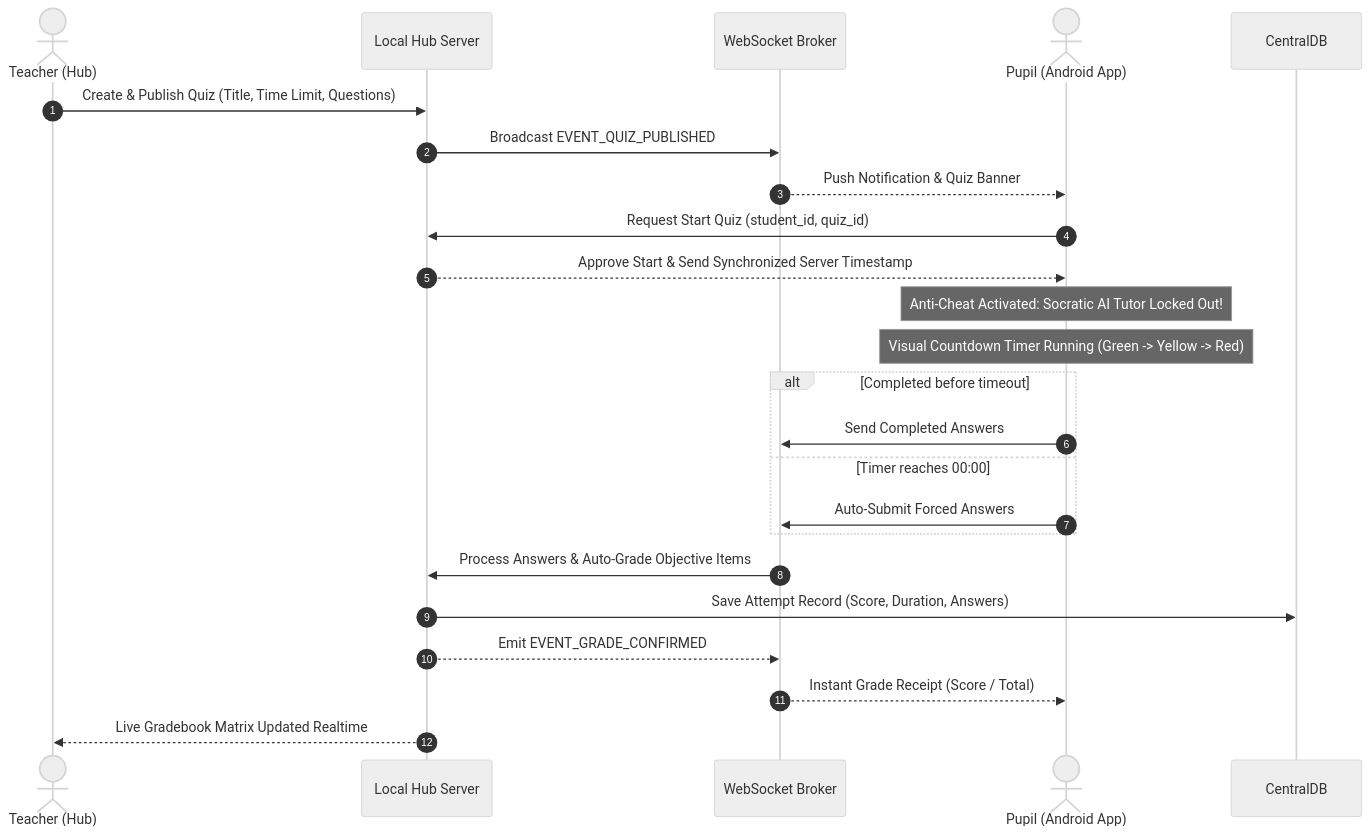
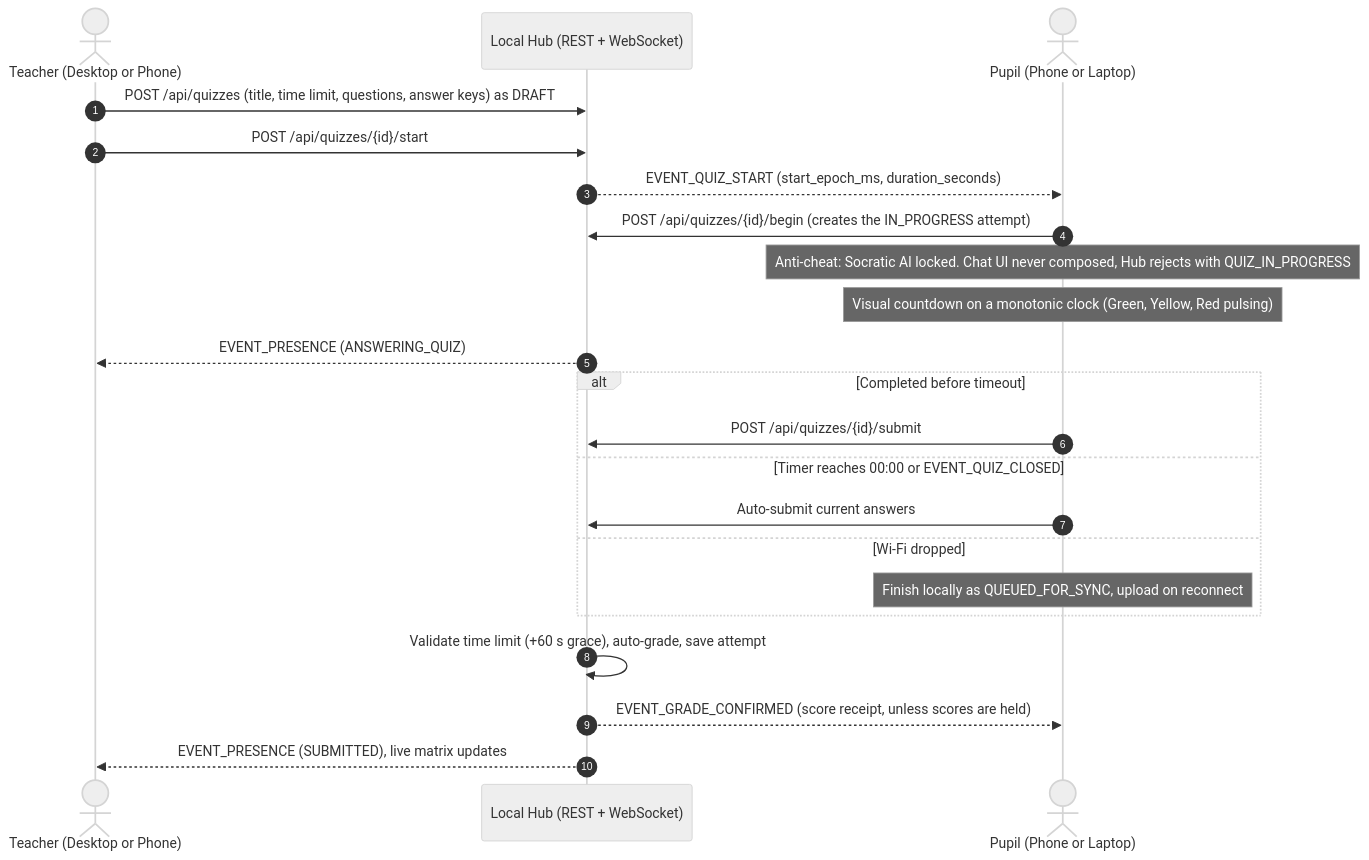
Before and after one commit to BootlegYouki/L.A.R.A: the second of 5 diagrams in docs/PRD.md, drawn with Mermaid (neutral theme). The commit also changed other lines of this file and 28 other files, not shown here.

````diff
--- a/docs/PRD.md
+++ b/docs/PRD.md
@@ -143,26 +146,25 @@
 ```mermaid
 sequenceDiagram
  autonumber
- actor Teacher as Teacher (Hub)
- participant Hub as Local Hub Server
- participant WS as WebSocket Broker
- actor Pupil as Pupil (Android App)
+ actor Teacher as Teacher (Desktop or Phone)
+ participant Hub as Local Hub (REST + WebSocket)
+ actor Pupil as Pupil (Phone or Laptop)
 
- Teacher->>Hub: Create & Publish Quiz (Title, Time Limit, Questions)
- Hub->>WS: Broadcast EVENT_QUIZ_PUBLISHED
- WS-->>Pupil: Push Notification & Quiz Banner
- Pupil->>Hub: Request Start Quiz (student_id, quiz_id)
- Hub-->>Pupil: Approve Start & Send Synchronized Server Timestamp
- Note over Pupil: Anti-Cheat Activated: Socratic AI Tutor Locked Out!
- Note over Pupil: Visual Countdown Timer Running (Green -> Yellow -> Red)
+ Teacher->>Hub: POST /api/quizzes (title, time limit, questions, answer keys) as DRAFT
+ Teacher->>Hub: POST /api/quizzes/{id}/start
+ Hub-->>Pupil: EVENT_QUIZ_START (start_epoch_ms, duration_seconds)
+ Pupil->>Hub: POST /api/quizzes/{id}/begin (creates the IN_PROGRESS attempt)
+ Note over Pupil: Anti-cheat: Socratic AI locked. Chat UI never composed, Hub rejects with QUIZ_IN_PROGRESS
+ Note over Pupil: Visual countdown on a monotonic clock (Green, Yellow, Red pulsing)
+ Hub-->>Teacher: EVENT_PRESENCE (ANSWERING_QUIZ)
  alt Completed before timeout
- Pupil->>WS: Send Completed Answers
- else Timer reaches 00:00
- Pupil->>WS: Auto-Submit Forced Answers
+ Pupil->>Hub: POST /api/quizzes/{id}/submit
+ else Timer reaches 00:00 or EVENT_QUIZ_CLOSED
+ Pupil->>Hub: Auto-submit current answers
+ else Wi-Fi dropped
+ Note over Pupil: Finish locally as QUEUED_FOR_SYNC, upload on reconnect
  end
- WS->>Hub: Process Answers & Auto-Grade Objective Items
- Hub->>CentralDB: Save Attempt Record (Score, Duration, Answers)
- Hub-->>WS: Emit EVENT_GRADE_CONFIRMED
- WS-->>Pupil: Instant Grade Receipt (Score / Total)
- Hub-->>Teacher: Live Gradebook Matrix Updated Realtime
+ Hub->>Hub: Validate time limit (+60 s grace), auto-grade, save attempt
+ Hub-->>Pupil: EVENT_GRADE_CONFIRMED (score receipt, unless scores are held)
+ Hub-->>Teacher: EVENT_PRESENCE (SUBMITTED), live matrix updates
 ```
````
